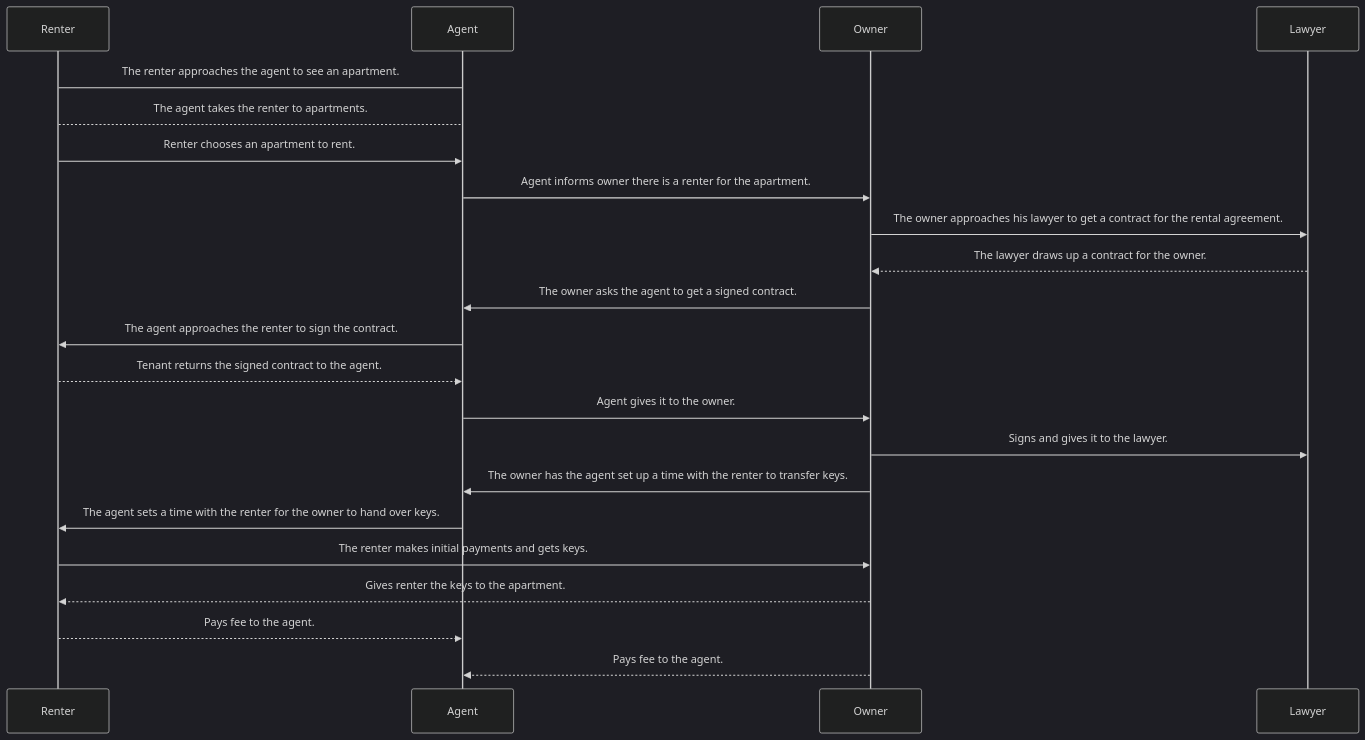
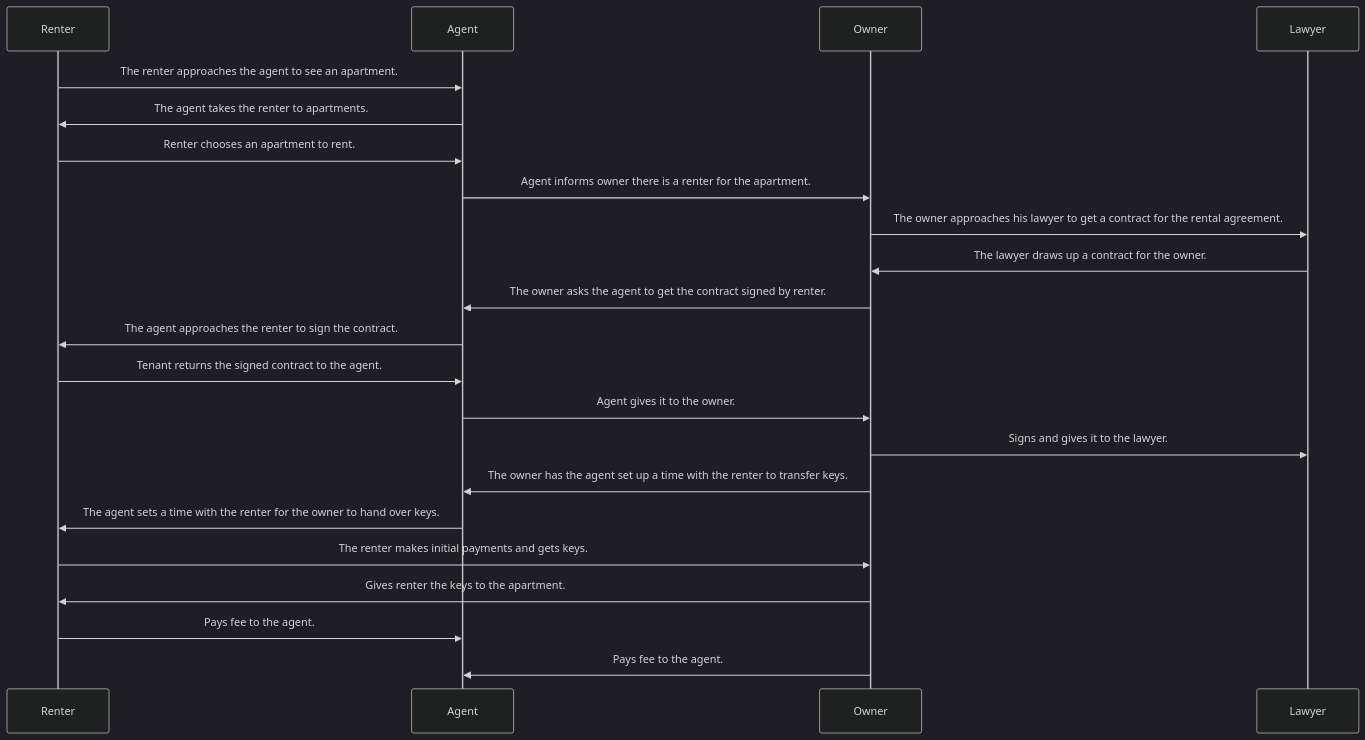
Before and after one commit to yusale9/student-showcase: the diagram in student-work/2023/Sharon-Schnee/rental-sequence-diagram.md, drawn with Mermaid (dark theme).

Commit message:
Update rental-sequence-diagram.md
second changes

````diff
--- a/student-work/2023/Sharon-Schnee/rental-sequence-diagram.md
+++ b/student-work/2023/Sharon-Schnee/rental-sequence-diagram.md
@@ -3,20 +3,20 @@
 ```mermaid
    sequenceDiagram
-   Renter->Agent: The renter approaches the agent to see an apartment.
-    Renter-->Agent: The agent takes the renter to apartments.
+   Renter->>Agent: The renter approaches the agent to see an apartment.
+    Agent->>Renter: The agent takes the renter to apartments.
    Renter->>Agent: Renter chooses an apartment to rent.
    Agent->>Owner: Agent informs owner there is a renter for the apartment.
    Owner->>Lawyer: The owner approaches his lawyer to get a contract for the rental agreement.
-   Lawyer-->>Owner: The lawyer draws up a contract for the owner.
-   Owner->>Agent: The owner asks the agent to get a signed contract.
+   Lawyer->>Owner: The lawyer draws up a contract for the owner.
+   Owner->>Agent: The owner asks the agent to get the contract signed by renter.
    Agent->>Renter: The agent approaches the renter to sign the contract.
-   Renter-->>Agent: Tenant returns the signed contract to the agent.
+   Renter->>Agent: Tenant returns the signed contract to the agent.
    Agent->> Owner: Agent gives it to the owner.
    Owner->>Lawyer: Signs and gives it to the lawyer.
    Owner->>Agent: The owner has the agent set up a time with the renter to transfer keys.
    Agent->>Renter: The agent sets a time with the renter for the owner to hand over keys.
    Renter->>Owner: The renter makes initial payments and gets keys.
-   Owner-->>Renter: Gives renter the keys to the apartment.
-   Renter-->>Agent: Pays fee to the agent.
-   Owner-->>Agent: Pays fee to the agent.
+   Owner->>Renter: Gives renter the keys to the apartment.
+   Renter->>Agent: Pays fee to the agent.
+   Owner->>Agent: Pays fee to the agent.
    ```
````
